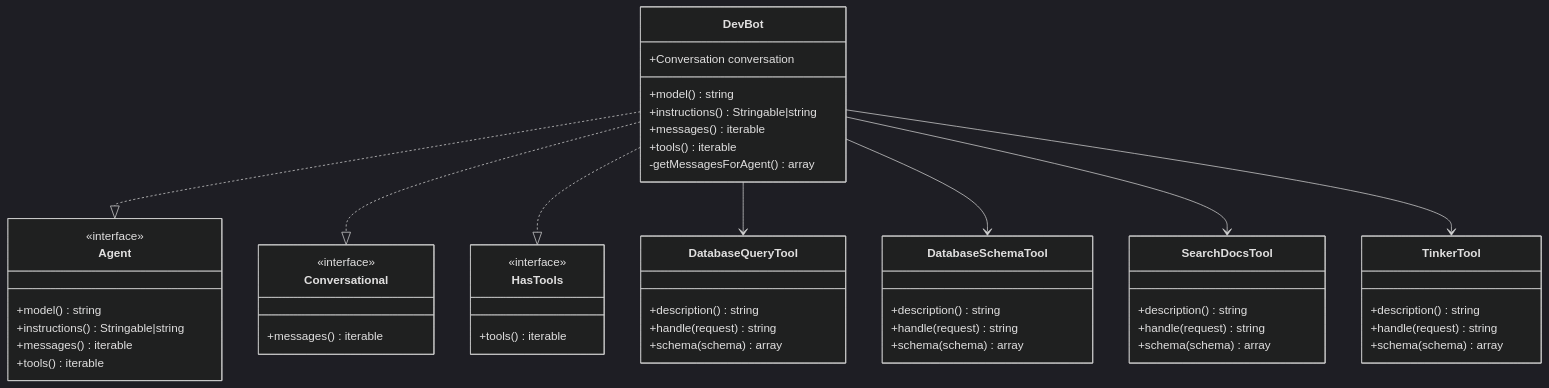
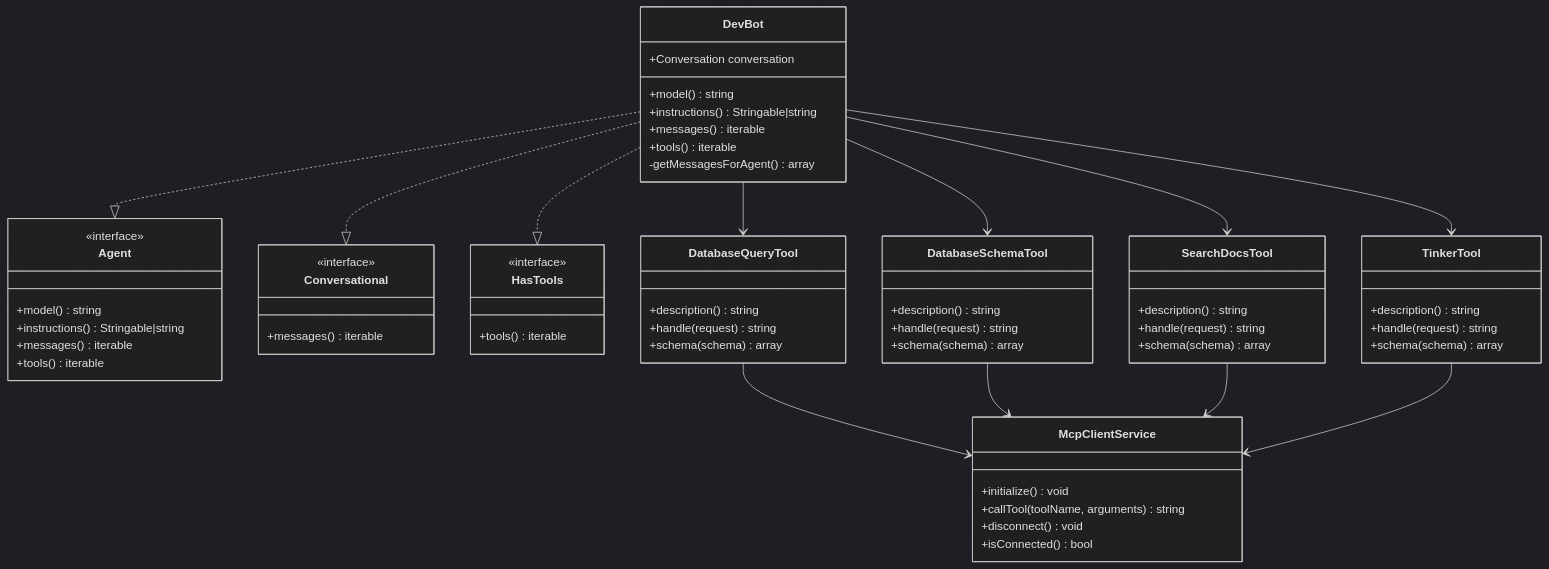
Before and after one commit to siimliimand/laravel-assistant: the second of 20 diagrams in .qoder/repowiki/en/content/AI Integration System/Agent System/DevBot AI Agent System.md, drawn with Mermaid (dark theme). The commit also changed other lines of this file and 7 other files, not shown here.

First line of the commit message:
feat(mcp-client): integrate MCP protocol client service for DevBot AI agent tools

````diff
--- a/.qoder/repowiki/en/content/AI Integration System/Agent System/DevBot AI Agent System.md
+++ b/.qoder/repowiki/en/content/AI Integration System/Agent System/DevBot AI Agent System.md
@@ -118,53 +127,63 @@
 ```mermaid
 classDiagram
 class DevBot {
 +Conversation conversation
 +model() string
 +instructions() Stringable|string
 +messages() iterable
 +tools() iterable
 -getMessagesForAgent() array
 }
 class Agent {
 <<interface>>
 +model() string
 +instructions() Stringable|string
 +messages() iterable
 +tools() iterable
 }
 class Conversational {
 <<interface>>
 +messages() iterable
 }
 class HasTools {
 <<interface>>
 +tools() iterable
 }
 class DatabaseQueryTool {
 +description() string
 +handle(request) string
 +schema(schema) array
 }
 class DatabaseSchemaTool {
 +description() string
 +handle(request) string
 +schema(schema) array
 }
 class SearchDocsTool {
 +description() string
 +handle(request) string
 +schema(schema) array
 }
 class TinkerTool {
 +description() string
 +handle(request) string
 +schema(schema) array
 }
+class McpClientService {
++initialize() void
++callTool(toolName, arguments) string
++disconnect() void
++isConnected() bool
+}
 DevBot ..|> Agent
 DevBot ..|> Conversational
 DevBot ..|> HasTools
 DevBot --> DatabaseQueryTool
 DevBot --> DatabaseSchemaTool
 DevBot --> SearchDocsTool
 DevBot --> TinkerTool
+DatabaseQueryTool --> McpClientService
+DatabaseSchemaTool --> McpClientService
+SearchDocsTool --> McpClientService
+TinkerTool --> McpClientService
 ```
````
